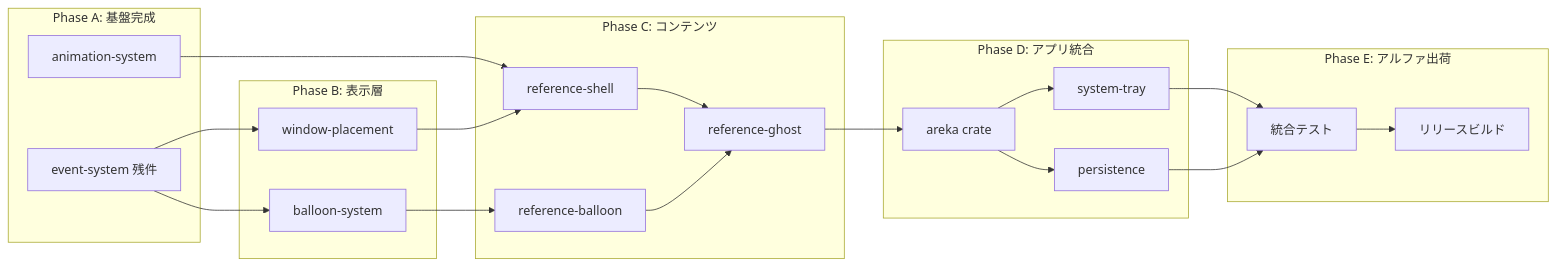
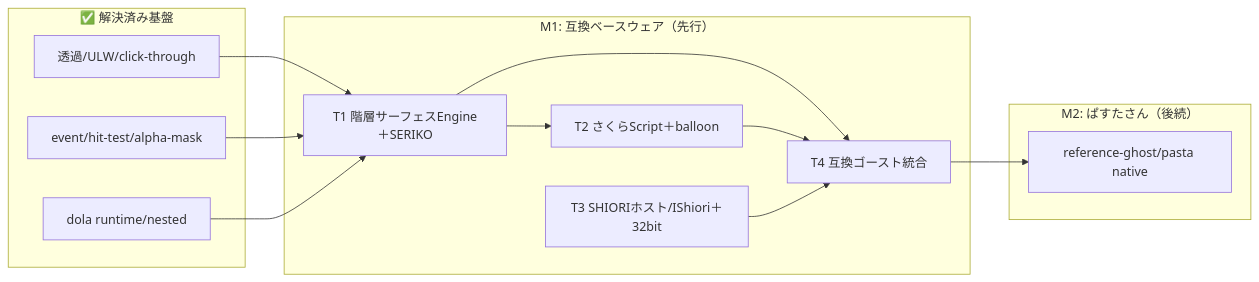
Before and after one commit to ekicyou/areka: the diagram in doc/ROADMAP.md, drawn with Mermaid. The commit also changed other lines of this file and 32 other files, not shown here.

````diff
--- a/doc/ROADMAP.md
+++ b/doc/ROADMAP.md
@@ -99,43 +117,25 @@
 ```mermaid
 graph LR
-    subgraph PhaseA["Phase A: 基盤完成"]
-        EVT[event-system 残件]
-        ANIM[animation-system]
+    subgraph Done["✅ 解決済み基盤"]
+        ULW[透過/ULW/click-through]
+        EVT[event/hit-test/alpha-mask]
+        DOLA[dola runtime/nested]
     end
-
-    subgraph PhaseB["Phase B: 表示層"]
-        BLN[balloon-system]
-        WPL[window-placement]
+    subgraph M1["M1: 互換ベースウェア（先行）"]
+        T1[T1 階層サーフェスEngine＋SERIKO]
+        T2[T2 さくらScript＋balloon]
+        T3[T3 SHIORIホスト/IShiori＋32bit]
+        T4[T4 互換ゴースト統合]
     end
-
-    subgraph PhaseC["Phase C: コンテンツ"]
-        SHELL[reference-shell]
-        BALLOON[reference-balloon]
-        GHOST[reference-ghost]
+    subgraph M2["M2: ぱすたさん（後続）"]
+        GHOST[reference-ghost/pasta native]
     end
-
-    subgraph PhaseD["Phase D: アプリ統合"]
-        AREKA[areka crate]
-        TRAY[system-tray]
-        PERSIST[persistence]
-    end
-
-    subgraph PhaseE["Phase E: アルファ出荷"]
-        INTEG[統合テスト]
-        RELEASE[リリースビルド]
-    end
-
-    EVT --> BLN
-    EVT --> WPL
-    ANIM --> SHELL
-    BLN --> BALLOON
-    WPL --> SHELL
-    SHELL --> GHOST
-    BALLOON --> GHOST
-    GHOST --> AREKA
-    AREKA --> TRAY
-    AREKA --> PERSIST
-    TRAY --> INTEG
-    PERSIST --> INTEG
-    INTEG --> RELEASE
+    ULW --> T1
+    EVT --> T1
+    DOLA --> T1
+    T1 --> T2
+    T1 --> T4
+    T2 --> T4
+    T3 --> T4
+    T4 --> GHOST
 ```
````
